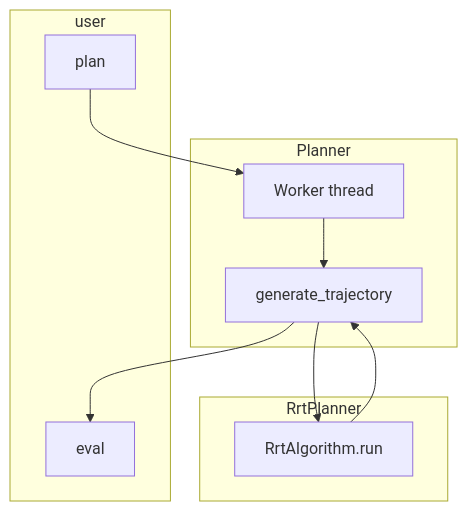
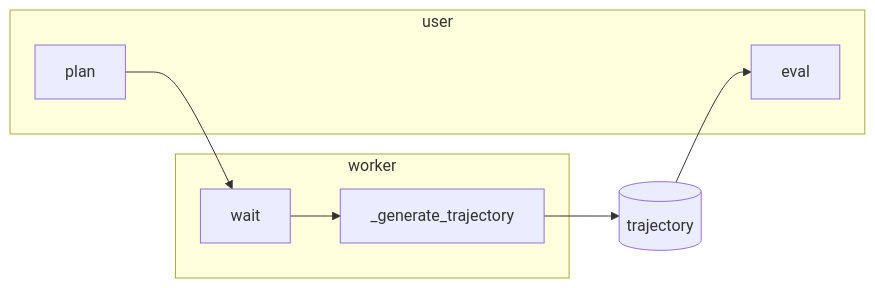
One commit to SeonilChoi/robot_manager changed the first of 2 diagrams in src/robot_manager/planner/README.md. Above: the diagram before and after it, drawn with Mermaid. The commit also changed other lines of this file and 10 other files, not shown here.

````diff
--- a/src/robot_manager/planner/README.md
+++ b/src/robot_manager/planner/README.md
@@ -9,19 +9,15 @@
 ```mermaid
-flowchart TB
+flowchart LR
   subgraph user
-    plan[plan]
-    eval[eval]
+    P[plan]
+    E[eval]
   end
-  subgraph Planner
-    worker[Worker thread]
-    gen[generate_trajectory]
+  subgraph worker
+    W[wait]
+    G[_generate_trajectory]
   end
-  subgraph RrtPlanner
-    rrt[RrtAlgorithm.run]
-  end
-  plan --> worker
-  worker --> gen
-  gen --> rrt
-  rrt --> gen
-  gen --> eval
+  P --> W
+  W --> G
+  G --> traj[(trajectory)]
+  traj --> E
 ```
````
